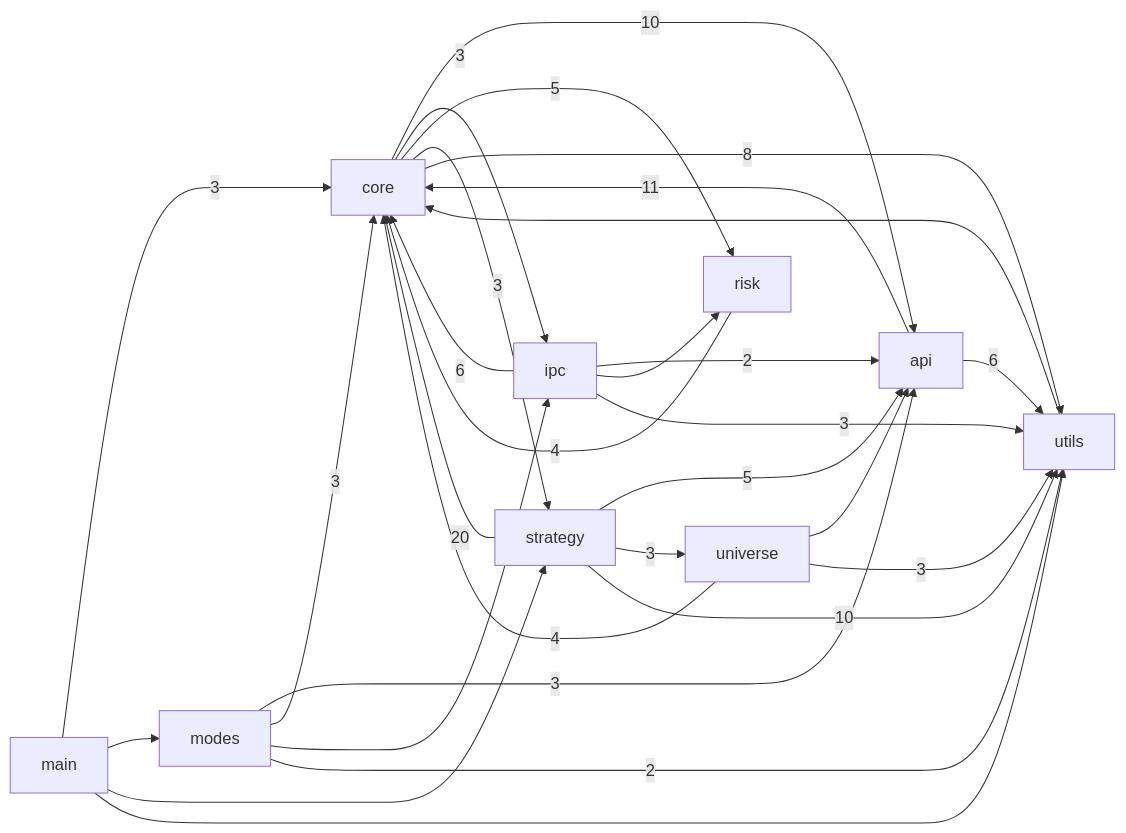
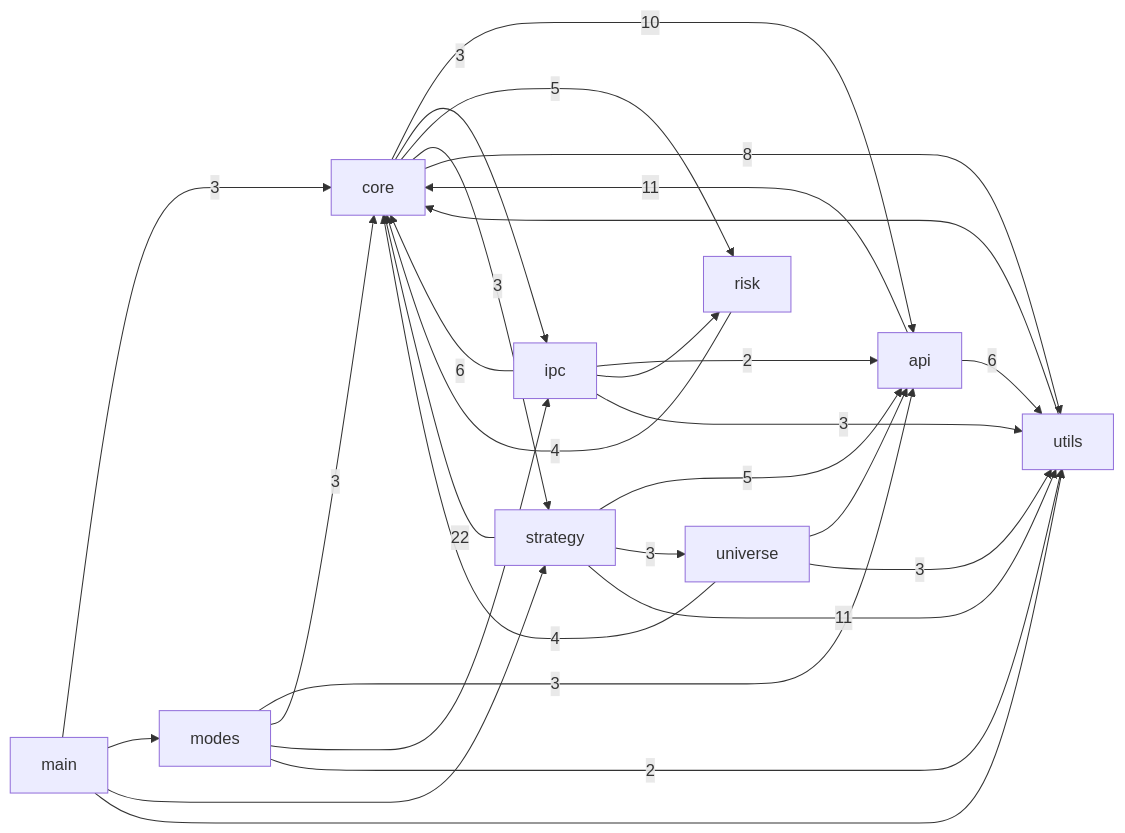
Before and after one commit to pypy8171/Quant: the first of 3 diagrams in docs/CODE_GRAPH.md, drawn with Mermaid. The commit also changed other lines of this file and 25 other files, not shown here.

````diff
--- a/docs/CODE_GRAPH.md
+++ b/docs/CODE_GRAPH.md
@@ -10,40 +10,40 @@
 ```mermaid
 graph LR
   main[main]
   modes[modes]
   core[core]
   strategy[strategy]
   api[api]
   universe[universe]
   risk[risk]
   ipc[ipc]
   utils[utils]
   api -->|11| core
   api -->|6| utils
   core -->|10| api
   core -->|3| ipc
   core -->|5| risk
   core -->|3| strategy
   core -->|8| utils
   ipc -->|2| api
   ipc -->|6| core
   ipc --> risk
   ipc -->|3| utils
   main -->|3| core
   main --> modes
   main --> strategy
   main --> utils
   modes -->|3| api
   modes -->|3| core
   modes --> ipc
   modes -->|2| utils
   risk -->|4| core
   strategy -->|5| api
-  strategy -->|20| core
+  strategy -->|22| core
   strategy -->|3| universe
-  strategy -->|10| utils
+  strategy -->|11| utils
   universe --> api
   universe -->|4| core
   universe -->|3| utils
   utils --> core
 ```
````
